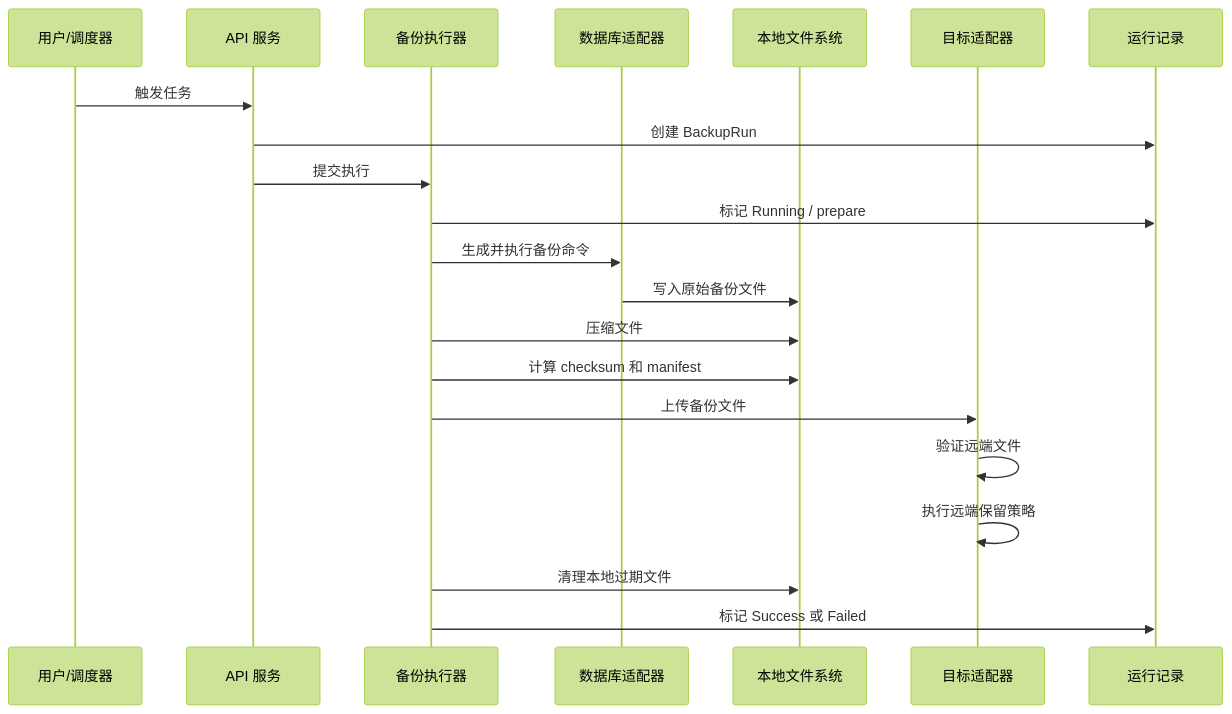
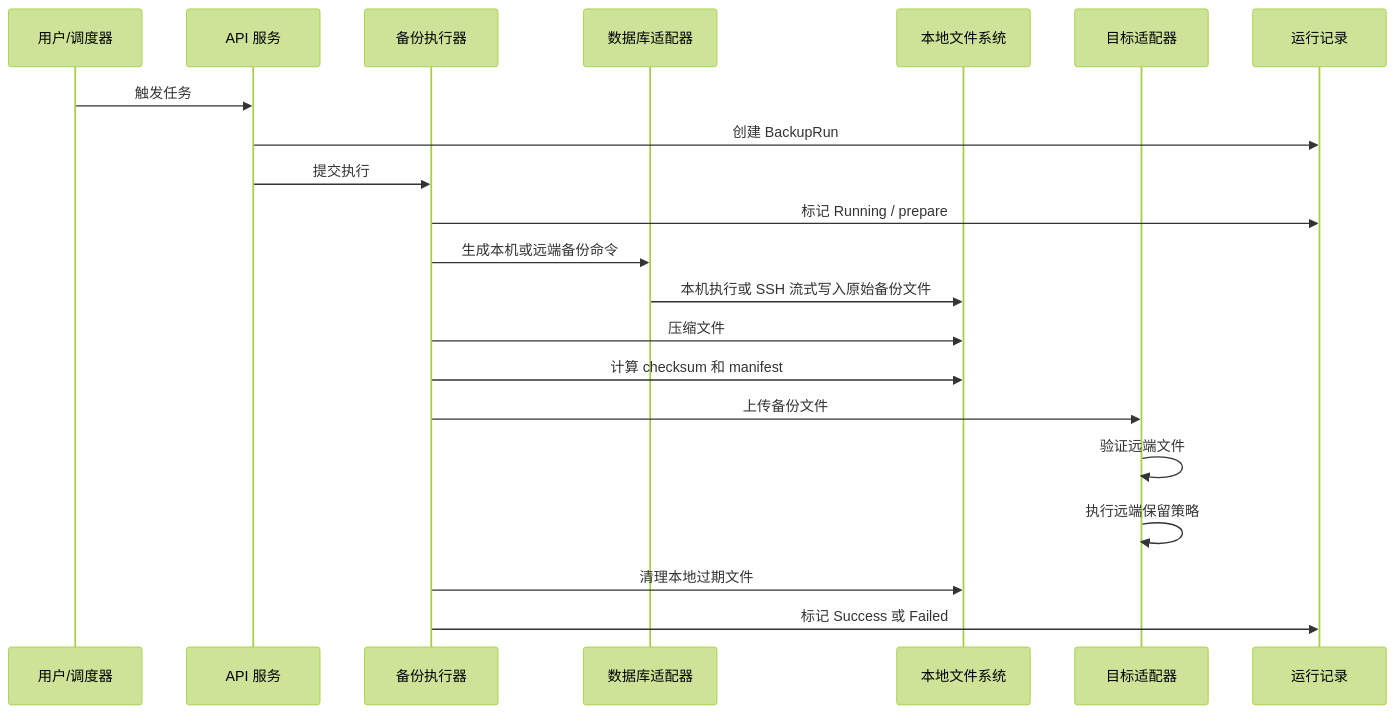
The fifth of 5 diagrams in docs/数据库备份管理台架构设计.md (xuxzh/database-backup-manager), drawn with Mermaid (forest theme) before and after one commit. The commit also changed other lines of this file and 11 other files, not shown here.

````diff
--- a/docs/数据库备份管理台架构设计.md
+++ b/docs/数据库备份管理台架构设计.md
@@ -361,24 +372,24 @@
 ```mermaid
 sequenceDiagram
     participant U as 用户/调度器
     participant API as API 服务
     participant E as 备份执行器
     participant D as 数据库适配器
     participant F as 本地文件系统
     participant T as 目标适配器
     participant R as 运行记录
 
     U->>API: 触发任务
     API->>R: 创建 BackupRun
     API->>E: 提交执行
     E->>R: 标记 Running / prepare
-    E->>D: 生成并执行备份命令
-    D->>F: 写入原始备份文件
+    E->>D: 生成本机或远端备份命令
+    D->>F: 本机执行或 SSH 流式写入原始备份文件
     E->>F: 压缩文件
     E->>F: 计算 checksum 和 manifest
     E->>T: 上传备份文件
     T->>T: 验证远端文件
     T->>T: 执行远端保留策略
     E->>F: 清理本地过期文件
     E->>R: 标记 Success 或 Failed
 ```
````
